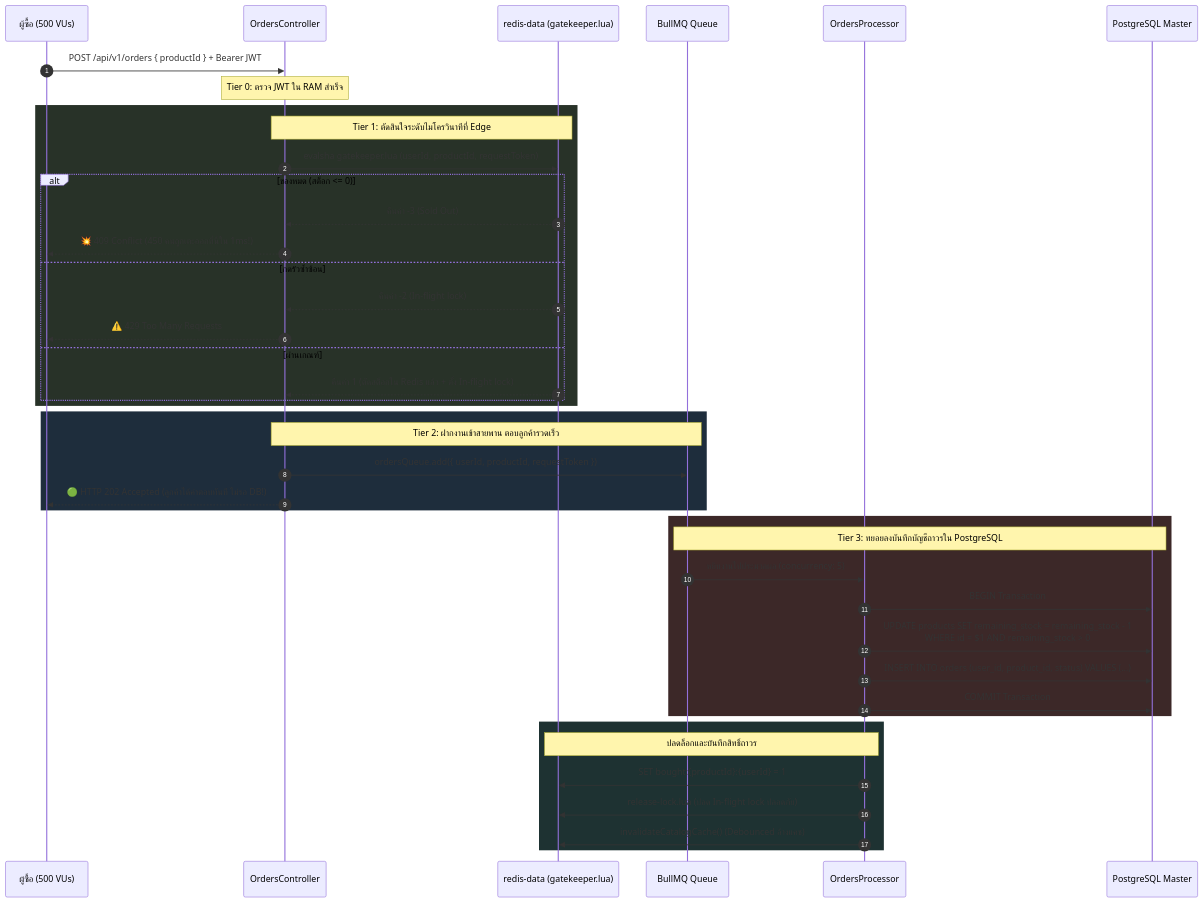
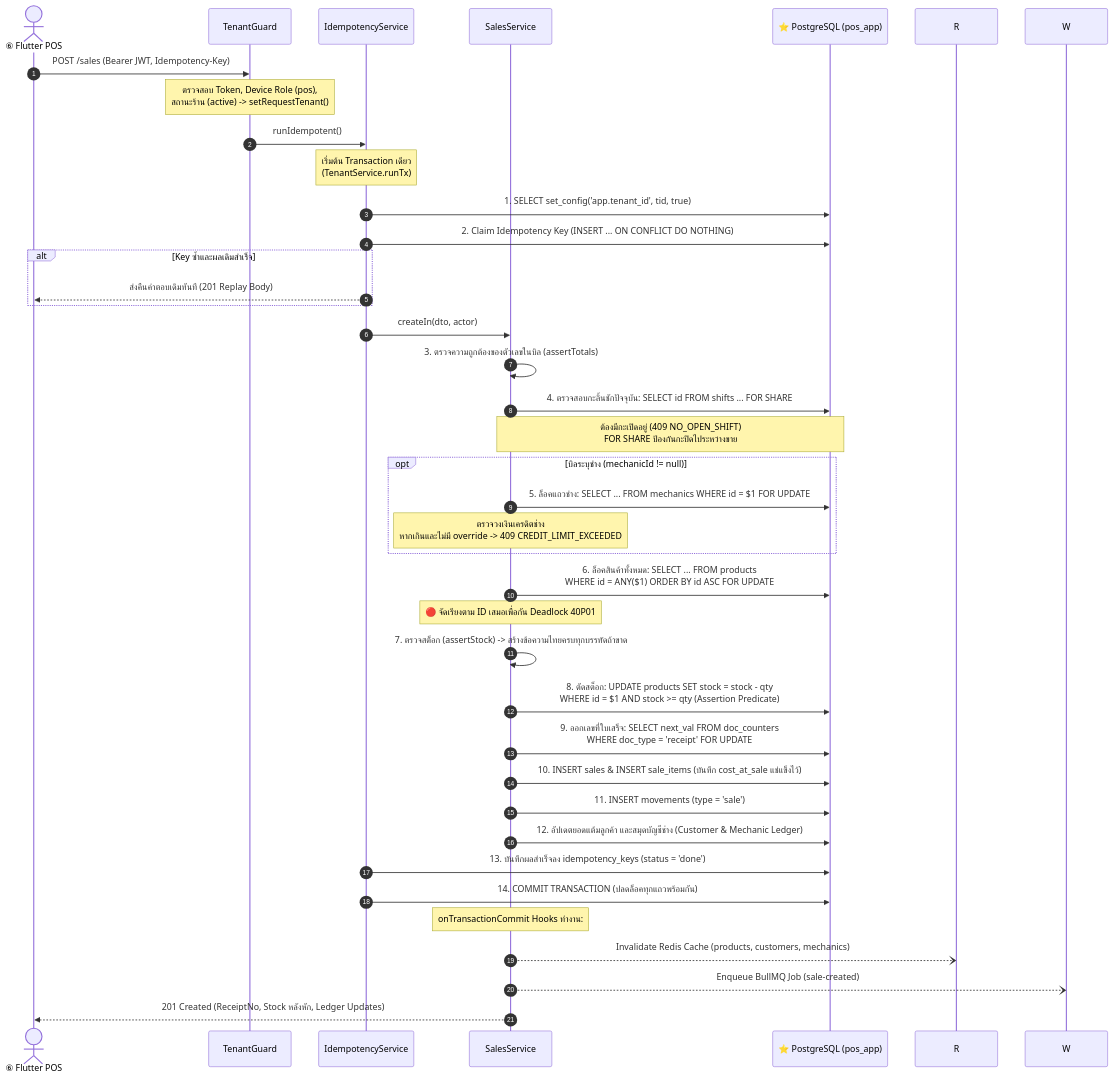
The second of 4 diagrams in docs/Backend_design/architecture-primer.md (NuimanLP/srisurart-pos-flutter), drawn with Mermaid before and after one commit. The commit also changed other lines of this file and 4 other files, not shown here.

Commit message:
docs(architecture): align architecture blueprint with Srisurart POS, finalize primer, checklist, and audit records

````diff
--- a/docs/Backend_design/architecture-primer.md
+++ b/docs/Backend_design/architecture-primer.md
@@ -446,49 +384,47 @@
 ```mermaid
 sequenceDiagram
     autonumber
-    participant Buyer as ผู้ซื้อ (500 VUs)
-    participant API as OrdersController
-    participant Lua as redis-data (gatekeeper.lua)
-    participant Queue as BullMQ Queue
-    participant Worker as OrdersProcessor
-    participant DB as PostgreSQL Master
+    actor C as ⑥ Flutter POS
+    participant G as TenantGuard
+    participant I as IdempotencyService
+    participant S as SalesService
+    participant P as ⭐ PostgreSQL (pos_app)
 
-    Buyer->>API: POST /api/v1/orders { productId } + Bearer JWT
-    Note over API: Tier 0: ตรวจ JWT ใน RAM สำเร็จ
-
-    rect rgb(40, 50, 40)
-    Note over API,Lua: Tier 1: ตัดสินใจระดับไมโครวินาทีที่ Edge
-    API->>Lua: evalsha gatekeeper.lua (userId, productId, requestToken)
-    alt ของหมด (สต็อก <= 0)
-        Lua-->>API: คืนค่า -3 (Sold Out)
-        API-->>Buyer: 💥 409 Conflict (450 คนถูกเตะออกที่นี่ใน 1ms!)
-    else กดรัวซ้ำซ้อน
-        Lua-->>API: คืนค่า -2 (In-flight lock)
-        API-->>Buyer: ⚠️ 429 Too Many Requests
-    else ผ่านเกณฑ์
-        Lua-->>API: คืนค่า 1 (ตัดสต็อกใน Redis แล้ว + ตั้ง In-flight lock)
+    C->>G: POST /sales (Bearer JWT, Idempotency-Key)
+    Note over G: ตรวจสอบ Token, Device Role (pos),<br/>สถานะร้าน (active) -> setRequestTenant()
+    G->>I: runIdempotent()
+    Note over I: เริ่มต้น Transaction เดียว<br/>(TenantService.runTx)
+    I->>P: 1. SELECT set_config('app.tenant_id', tid, true)
+    I->>P: 2. Claim Idempotency Key (INSERT ... ON CONFLICT DO NOTHING)
+    alt Key ซ้ำและผลเดิมสำเร็จ
+        I-->>C: ส่งคืนคำตอบเดิมทันที (201 Replay Body)
     end
+    
+    I->>S: createIn(dto, actor)
+    S->>S: 3. ตรวจความถูกต้องของตัวเลขในบิล (assertTotals)
+    S->>P: 4. ตรวจสอบกะลิ้นชักปัจจุบัน: SELECT id FROM shifts ... FOR SHARE
+    Note over S,P: ต้องมีกะเปิดอยู่ (409 NO_OPEN_SHIFT)<br/>FOR SHARE ป้องกันกะปิดไประหว่างขาย
+    
+    opt บิลระบุช่าง (mechanicId != null)
+        S->>P: 5. ล็อคแถวช่าง: SELECT ... FROM mechanics WHERE id = $1 FOR UPDATE
+        Note over S: ตรวจวงเงินเครดิตช่าง<br/>หากเกินและไม่มี override -> 409 CREDIT_LIMIT_EXCEEDED
     end
 
-    rect rgb(30, 45, 60)
-    Note over API,Queue: Tier 2: ฝากงานเข้าสายพาน ตอบลูกค้ารวดเร็ว
-    API->>Queue: ordersQueue.add({ userId, productId, requestToken })
-    API-->>Buyer: 🟢 HTTP 202 Accepted (ลูกค้าได้คำตอบทันที ไม่รอ DB!)
-    end
-
-    rect rgb(60, 40, 40)
-    Note over Queue,DB: Tier 3: ทยอยลงบันทึกบัญชีถาวรใน PostgreSQL
-    Queue->>Worker: หยิบงานไปประมวลผล (concurrency: 5)
-    Worker->>DB: BEGIN Transaction
-    Worker->>DB: UPDATE products SET remaining_stock = remaining_stock - 1<br/>WHERE id = $1 AND remaining_stock > 0
-    Worker->>DB: INSERT INTO orders (user_id, product_id, status) VALUES (...)
-    Worker->>DB: COMMIT Transaction
-    end
-
-    rect rgb(30, 50, 50)
-    Note over Worker,Lua: ปลดล็อกและบันทึกสิทธิ์ถาวร
-    Worker->>Lua: SET bought:{productId}:{userId} = 1
-    Worker->>Lua: release-lock.lua (ปลด In-flight lock ปลอดภัย)
-    Worker->>Lua: invalidateCatalogCache() (Debounced ล้างแคช)
-    end
+    S->>P: 6. ล็อคสินค้าทั้งหมด: SELECT ... FROM products<br/>WHERE id = ANY($1) ORDER BY id ASC FOR UPDATE
+    Note over S: 🔴 จัดเรียงตาม ID เสมอเพื่อกัน Deadlock 40P01
+    S->>S: 7. ตรวจสต็อก (assertStock) -> สร้างข้อความไทยครบทุกบรรทัดถ้าขาด
+    S->>P: 8. ตัดสต็อก: UPDATE products SET stock = stock - qty<br/>WHERE id = $1 AND stock >= qty (Assertion Predicate)
+    
+    S->>P: 9. ออกเลขที่ใบเสร็จ: SELECT next_val FROM doc_counters<br/>WHERE doc_type = 'receipt' FOR UPDATE
+    S->>P: 10. INSERT sales & INSERT sale_items (บันทึก cost_at_sale แช่แข็งไว้)
+    S->>P: 11. INSERT movements (type = 'sale')
+    S->>P: 12. อัปเดตยอดแต้มลูกค้า และสมุดบัญชีช่าง (Customer & Mechanic Ledger)
+    
+    I->>P: 13. บันทึกผลสำเร็จลง idempotency_keys (status = 'done')
+    I->>P: 14. COMMIT TRANSACTION (ปลดล็อคทุกแถวพร้อมกัน)
+    
+    Note over S: onTransactionCommit Hooks ทำงาน:
+    S--)R: Invalidate Redis Cache (products, customers, mechanics)
+    S--)W: Enqueue BullMQ Job (sale-created)
+    S-->>C: 201 Created (ReceiptNo, Stock หลังหัก, Ledger Updates)
 ```
````
